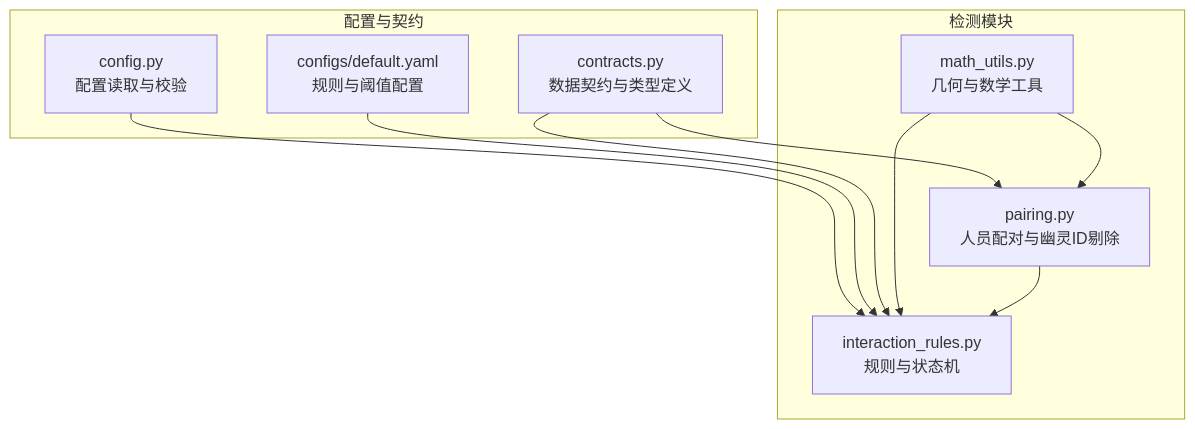
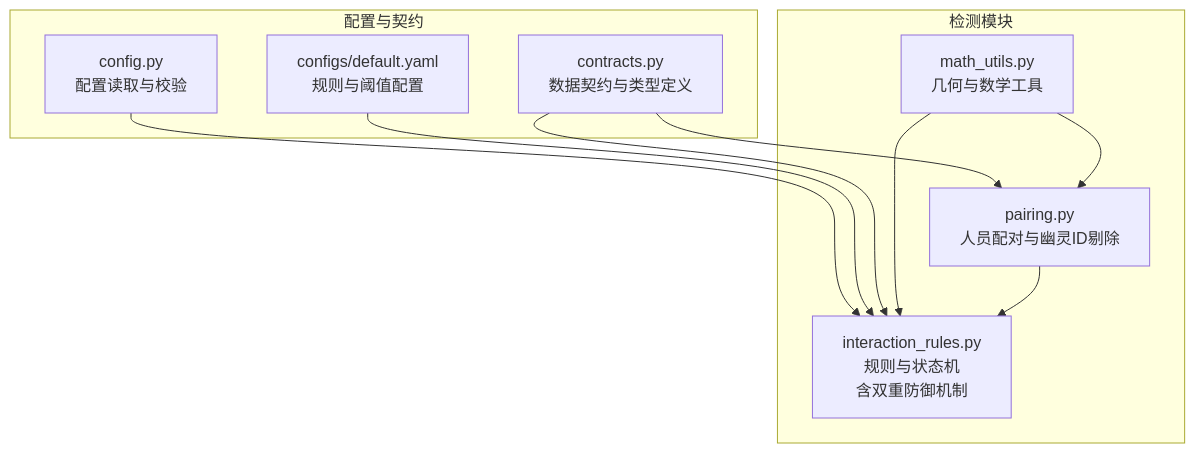
Before and after one commit to yuankr3-sysu-seit/kidguard: the first of 8 diagrams in .qoder/repowiki/zh/content/核心模块详解/冲突检测算法.md, drawn with Mermaid. The commit also changed other lines of this file and 7 other files, not shown here.

````diff
--- a/.qoder/repowiki/zh/content/核心模块详解/冲突检测算法.md
+++ b/.qoder/repowiki/zh/content/核心模块详解/冲突检测算法.md
@@ -38,20 +40,20 @@
 ```mermaid
 graph TB
 subgraph "配置与契约"
 CFG["config.py<br/>配置读取与校验"]
 CT["contracts.py<br/>数据契约与类型定义"]
 YML["configs/default.yaml<br/>规则与阈值配置"]
 end
 subgraph "检测模块"
 PAIR["pairing.py<br/>人员配对与幽灵ID剔除"]
 MATH["math_utils.py<br/>几何与数学工具"]
-RULES["interaction_rules.py<br/>规则与状态机"]
+RULES["interaction_rules.py<br/>规则与状态机<br/>含双重防御机制"]
 end
 CFG --> RULES
 YML --> RULES
 CT --> PAIR
 CT --> RULES
 MATH --> PAIR
 MATH --> RULES
 PAIR --> RULES
 ```
````
